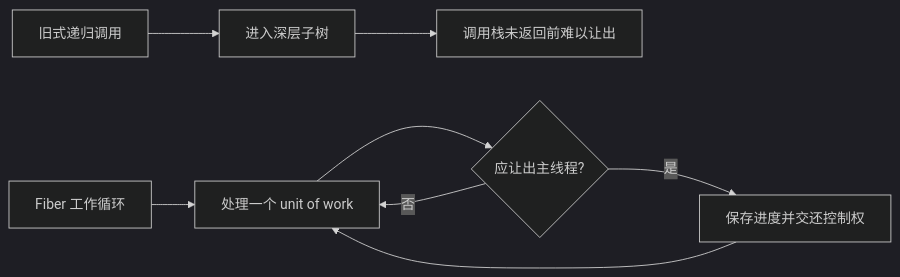
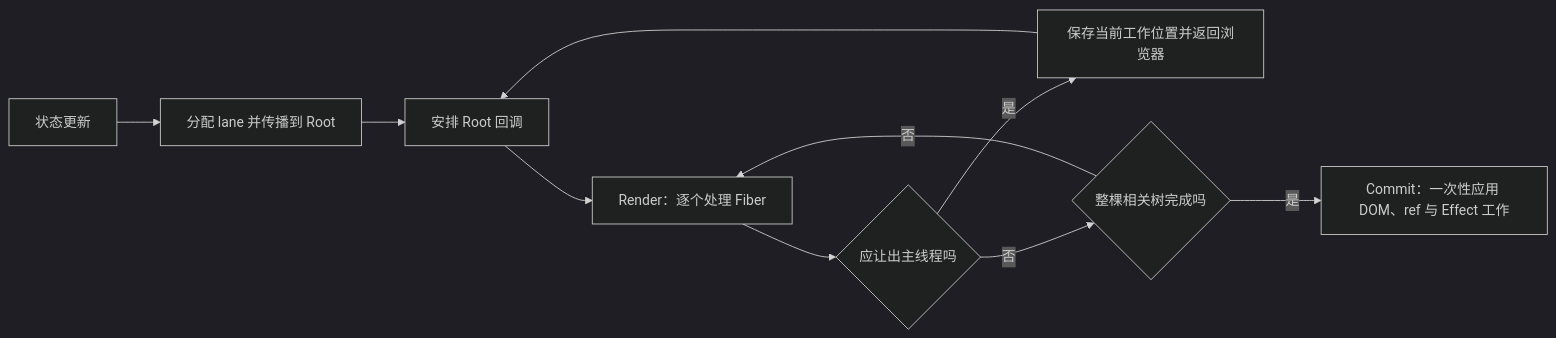
The first of 11 diagrams in docs/react-interview/react-fiber-concurrency-and-modern-react.md (2530622506/interView-writing-), drawn with Mermaid (dark theme) before and after one commit. The commit also changed other lines of this file and 8 other files, not shown here.

````diff
--- a/docs/react-interview/react-fiber-concurrency-and-modern-react.md
+++ b/docs/react-interview/react-fiber-concurrency-and-modern-react.md
@@ -43,10 +59,12 @@
 ```mermaid
 flowchart LR
-  A[旧式递归调用] --> B[进入深层子树]
-  B --> C[调用栈未返回前难以让出]
-  D[Fiber 工作循环] --> E[处理一个 unit of work]
-  E --> F{应让出主线程?}
-  F -- 否 --> E
-  F -- 是 --> G[保存进度并交还控制权]
-  G --> E
+  U[状态更新] --> L[分配 lane 并传播到 Root]
+  L --> S[安排 Root 回调]
+  S --> R[Render：逐个处理 Fiber]
+  R --> Y{应让出主线程吗}
+  Y -->|是| P[保存当前工作位置并返回浏览器]
+  P --> S
+  Y -->|否| D{整棵相关树完成吗}
+  D -->|否| R
+  D -->|是| C[Commit：一次性应用 DOM、ref 与 Effect 工作]
 ```
````
